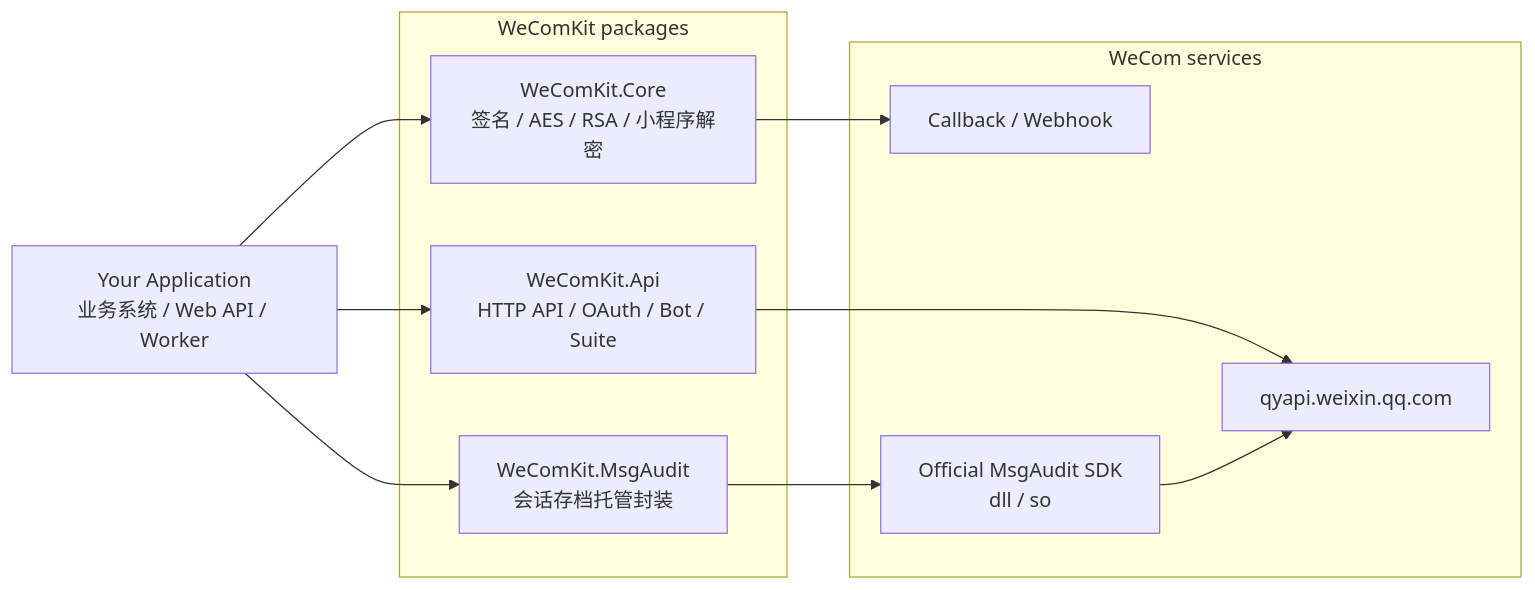
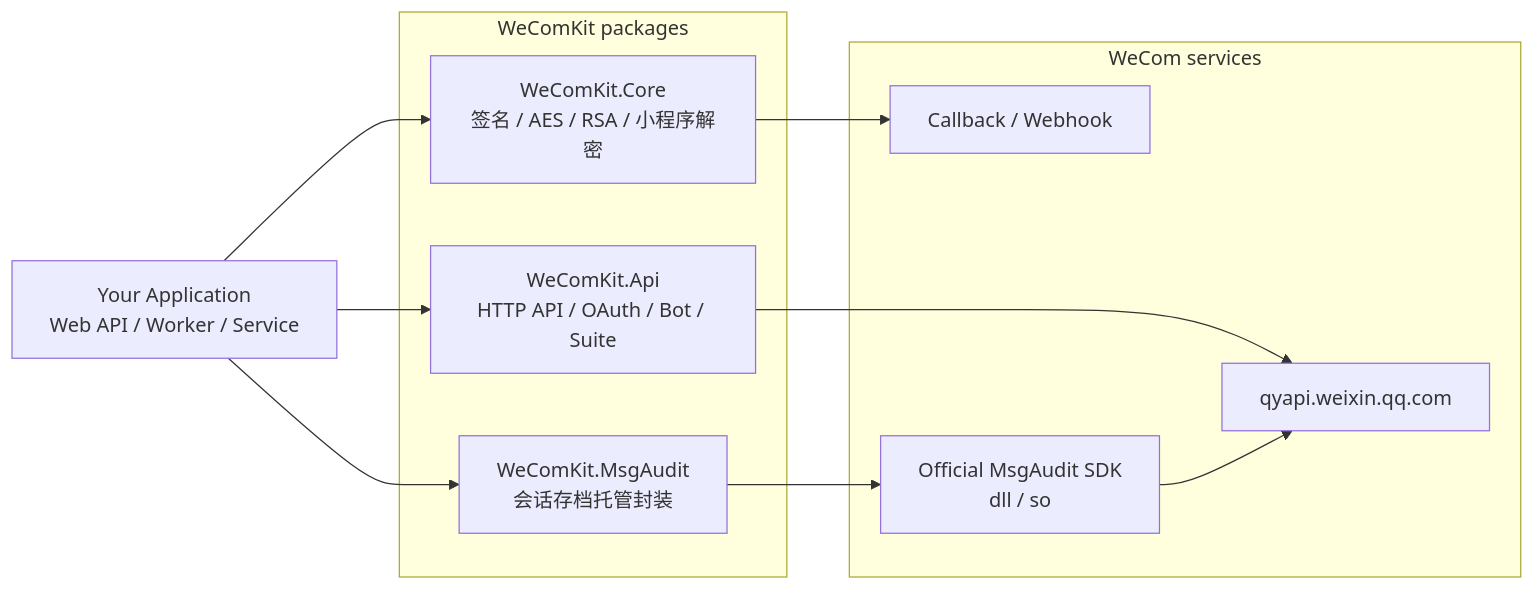
Before and after one commit to castorhrio/WeComKit: the first of 3 diagrams in README.md, drawn with Mermaid. The commit also changed other lines of this file, not shown here.

````diff
--- a/README.md
+++ b/README.md
@@ -34,24 +34,24 @@
 ```mermaid
 flowchart LR
-    App["Your Application<br/>业务系统 / Web API / Worker"]
+    App["Your Application<br/>Web API / Worker / Service"]
 
     subgraph WeComKit["WeComKit packages"]
         Core["WeComKit.Core<br/>签名 / AES / RSA / 小程序解密"]
         Api["WeComKit.Api<br/>HTTP API / OAuth / Bot / Suite"]
         Audit["WeComKit.MsgAudit<br/>会话存档托管封装"]
     end
 
     subgraph WeCom["WeCom services"]
         Callback["Callback / Webhook"]
         HttpApi["qyapi.weixin.qq.com"]
         NativeSdk["Official MsgAudit SDK<br/>dll / so"]
     end
 
     App --> Core
     App --> Api
     App --> Audit
     Api --> HttpApi
     Core --> Callback
     Audit --> NativeSdk
     NativeSdk --> HttpApi
 ```
````
